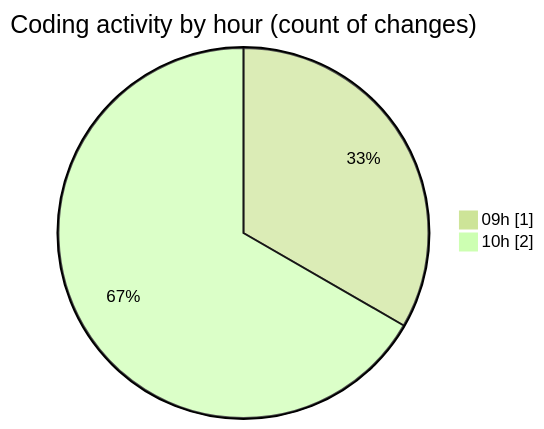
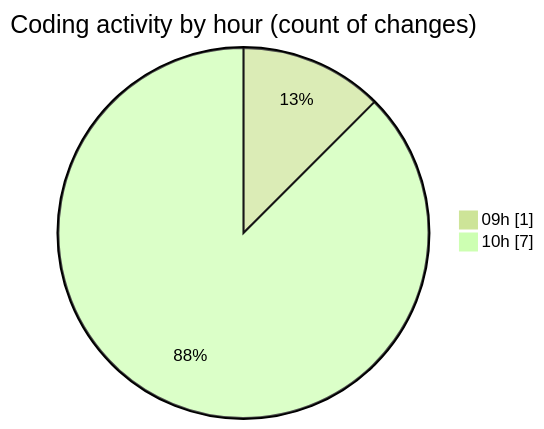
Before and after one commit to julien-gomy/code-tracking: the second of 2 diagrams in 2025-11-17/eventscop-frontend-guide__workspace_/README.md, drawn with Mermaid (forest theme). The commit also changed other lines of this file and 1 other file, not shown here.

````diff
--- a/2025-11-17/eventscop-frontend-guide__workspace_/README.md
+++ b/2025-11-17/eventscop-frontend-guide__workspace_/README.md
@@ -30,6 +32,6 @@
 ```mermaid
 pie showData
 title Coding activity by hour (count of changes)
 "09h" : 1
-"10h" : 2
+"10h" : 7
 ```
````
